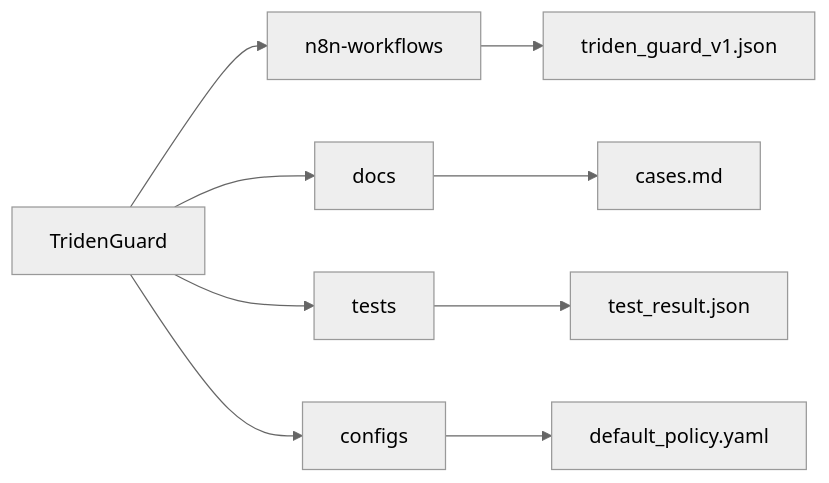
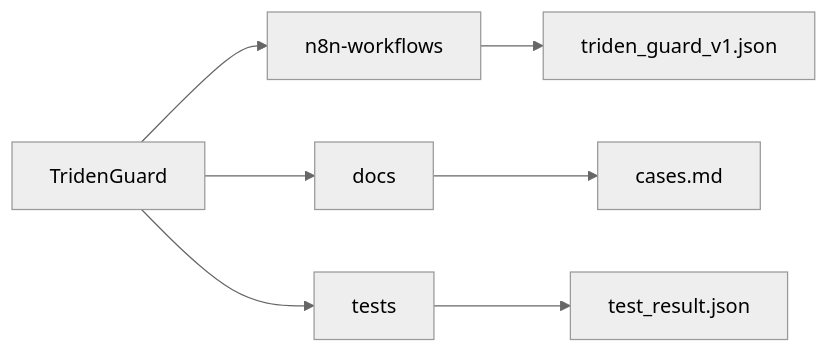
One commit to AlexusPacicus/TridenGuard changed the second of 2 diagrams in README.md. Above: the diagram before and after it, drawn with Mermaid (neutral theme). The commit also changed other lines of this file and 5 other files, not shown here.

````diff
--- a/README.md
+++ b/README.md
@@ -75,13 +66,11 @@
 ```mermaid
 graph LR
     Root[TridenGuard]
     Root --> Workflows[n8n-workflows]
     Root --> Docs[docs]
     Root --> Tests[tests]
-    Root --> Configs[configs]
     
     Workflows --> W1[triden_guard_v1.json]
     Docs --> D1[cases.md]
     Tests --> T1[test_result.json]
-    Configs --> C1[default_policy.yaml]
 ```
````
